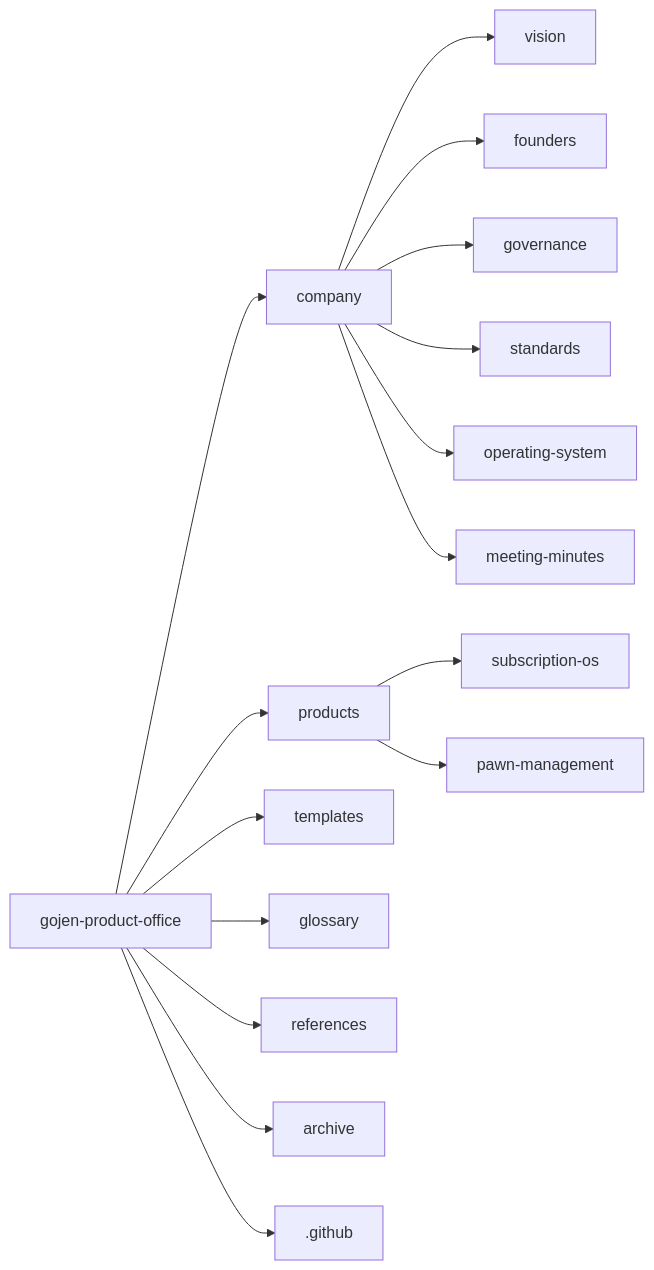
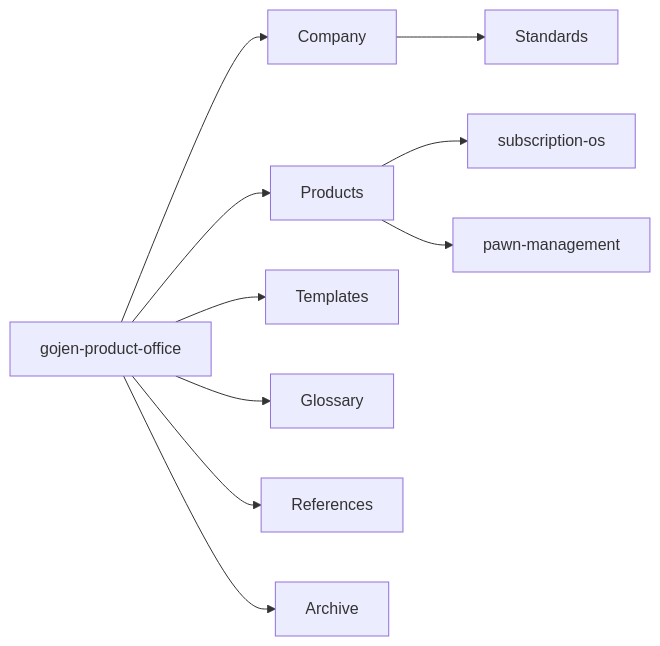
The second of 2 diagrams in README.md (gojentech/gojen-product-office), drawn with Mermaid before and after one commit. The commit also changed other lines of this file and 56 other files, not shown here.

Commit message:
feat(gpo): establish documentation standards and templates

````diff
--- a/README.md
+++ b/README.md
@@ -81,20 +111,12 @@
 ```mermaid
 flowchart LR
-  Root["gojen-product-office"] --> Company["company"]
-  Root --> Products["products"]
-  Root --> Templates["templates"]
-  Root --> Glossary["glossary"]
-  Root --> References["references"]
-  Root --> Archive["archive"]
-  Root --> GitHub[".github"]
-
-  Company --> Vision["vision"]
-  Company --> Founders["founders"]
-  Company --> Governance["governance"]
-  Company --> Standards["standards"]
-  Company --> OS["operating-system"]
-  Company --> Minutes["meeting-minutes"]
-
+  Root["gojen-product-office"] --> Company
+  Root --> Products
+  Root --> Templates
+  Root --> Glossary
+  Root --> References
+  Root --> Archive
+  Company --> Standards
   Products --> SOS["subscription-os"]
   Products --> Pawn["pawn-management"]
 ```
````
